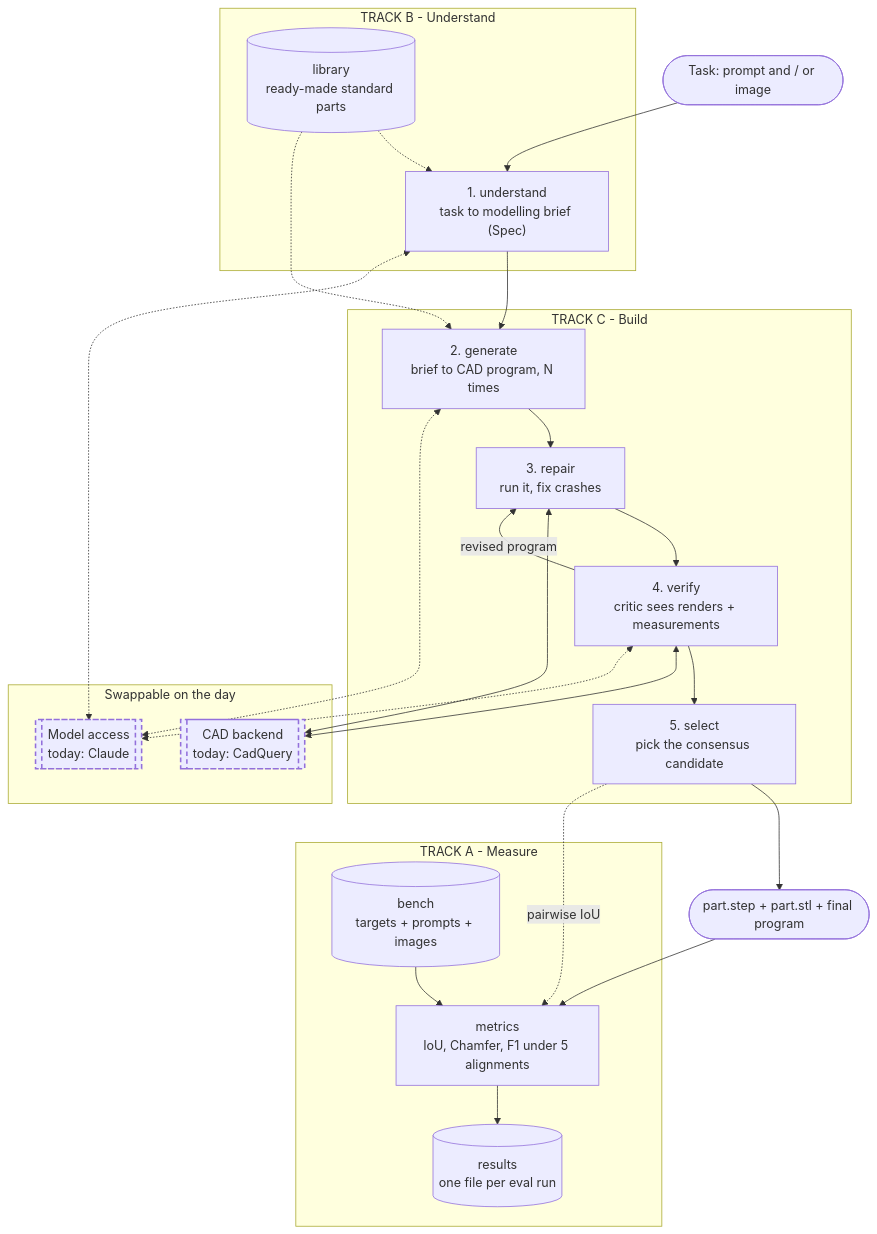
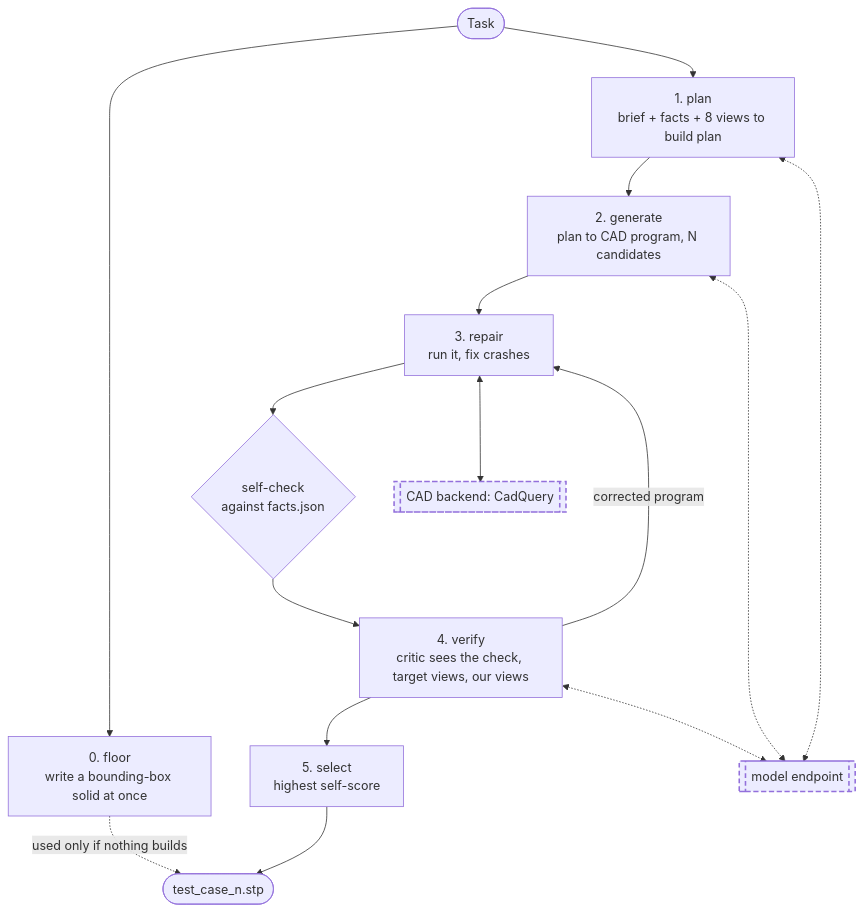
One commit to rumutaydin/sphere-forge-agent changed the second of 2 diagrams in docs/ARCHITECTURE.md. Above: the diagram before and after it, drawn with Mermaid. The commit also changed other lines of this file and 236 other files, not shown here.

First line of the commit message:
Rebuild around the kickoff rules: STEP only, facts self-check, organiser entry point

````diff
--- a/docs/ARCHITECTURE.md
+++ b/docs/ARCHITECTURE.md
@@ -16,45 +35,23 @@
 ```mermaid
 flowchart TD
-    IN(["Task: prompt and / or image"])
+    T(["Task"]) --> FB["0. floor<br/>write a bounding-box solid at once"]
+    T --> P["1. plan<br/>brief + facts + 8 views to build plan"]
+    P --> G["2. generate<br/>plan to CAD program, N candidates"]
+    G --> R["3. repair<br/>run it, fix crashes"]
+    R --> K{"self-check<br/>against facts.json"}
+    K --> V["4. verify<br/>critic sees the check, target views, our views"]
+    V -- "corrected program" --> R
+    V --> S["5. select<br/>highest self-score"]
+    S --> OUT(["test_case_n.stp"])
+    FB -. "used only if nothing builds" .-> OUT
 
-    subgraph TB["TRACK B - Understand"]
-        U["1. understand<br/>task to modelling brief (Spec)"]
-        LIB[("library<br/>ready-made standard parts")]
-    end
-
-    subgraph TC["TRACK C - Build"]
-        G["2. generate<br/>brief to CAD program, N times"]
-        R["3. repair<br/>run it, fix crashes"]
-        V["4. verify<br/>critic sees renders + measurements"]
-        S["5. select<br/>pick the consensus candidate"]
-    end
-
-    subgraph SW["Swappable on the day"]
-        BE[["CAD backend<br/>today: CadQuery"]]
-        LLM[["Model access<br/>today: Claude"]]
-    end
-
-    subgraph TA["TRACK A - Measure"]
-        M["metrics<br/>IoU, Chamfer, F1 under 5 alignments"]
-        BN[("bench<br/>targets + prompts + images")]
-        RB[("results<br/>one file per eval run")]
-    end
-
-    OUT(["part.step + part.stl + final program"])
-
-    IN --> U --> G --> R --> V --> S --> OUT
-    LIB -.-> U
-    LIB -.-> G
+    BE[["CAD backend: CadQuery"]]
+    LLM[["model endpoint"]]
     R <--> BE
-    V -- "revised program" --> R
-    V <--> BE
-    U <-.-> LLM
+    P <-.-> LLM
     G <-.-> LLM
     V <-.-> LLM
-    OUT --> M
-    BN --> M --> RB
-    S -. "pairwise IoU" .-> M
 
     classDef swap stroke-dasharray: 6 4,stroke-width:2px;
     class BE,LLM swap;
 ```
````
